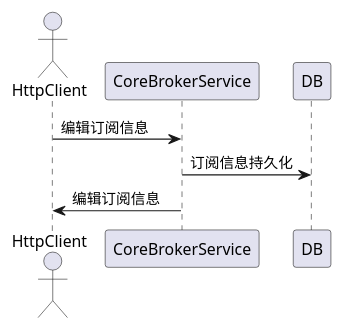
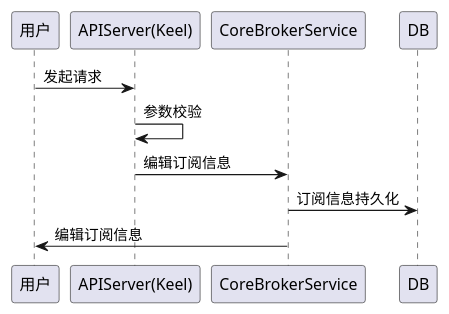
The sixth of 9 diagrams in docs/api/appendix/plantuml/core_broker.md (tkeel-io/docs), drawn with PlantUML before and after one commit. The commit also changed other lines of this file and 2 other files, not shown here.

````diff
--- a/docs/api/appendix/plantuml/core_broker.md
+++ b/docs/api/appendix/plantuml/core_broker.md
@@ -82,11 +97,14 @@
 ```plantuml
 @startuml
-actor HttpClient
+participant "用户" as user
+participant "APIServer(Keel)"  as keel
 participant CoreBrokerService
 participant DB
 
-HttpClient->CoreBrokerService:编辑订阅信息
+user->keel: 发起请求
+keel->keel: 参数校验
+keel->CoreBrokerService:编辑订阅信息
 CoreBrokerService->DB:订阅信息持久化
-CoreBrokerService->HttpClient:编辑订阅信息
+CoreBrokerService->user:编辑订阅信息
 @enduml
 ```
````
